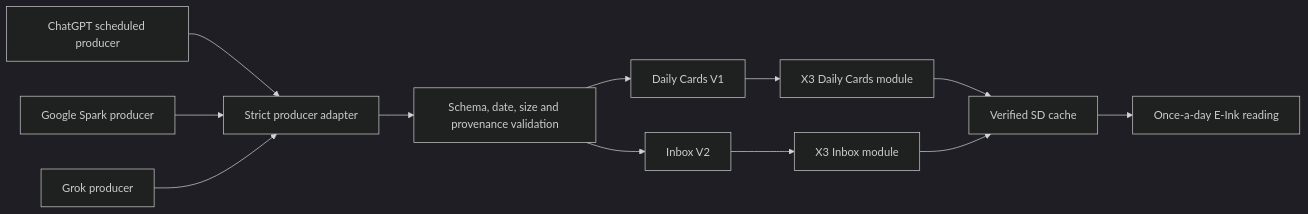
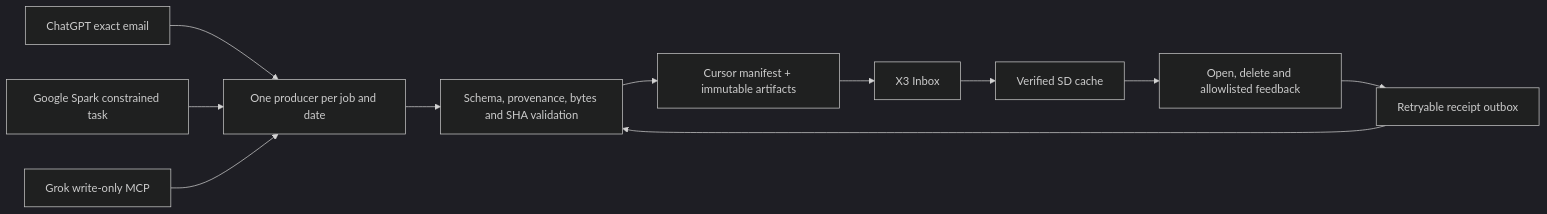
The second of 2 diagrams in docs/AI_FED_CROSSPOINT_PIPELINE.md (RO11/x3-preview-qa-lab), drawn with Mermaid (dark theme) before and after one commit. The commit also changed other lines of this file and 16 other files, not shown here.

````diff
--- a/docs/AI_FED_CROSSPOINT_PIPELINE.md
+++ b/docs/AI_FED_CROSSPOINT_PIPELINE.md
@@ -16,14 +37,13 @@
 ```mermaid
 flowchart LR
-    A[ChatGPT scheduled producer] --> D[Strict producer adapter]
-    B[Google Spark producer] --> D
-    C[Grok producer] --> D
-    D --> E[Schema, date, size and provenance validation]
-    E --> F[Daily Cards V1]
-    E --> G[Inbox V2]
-    F --> H[X3 Daily Cards module]
-    G --> I[X3 Inbox module]
-    H --> J[Verified SD cache]
-    I --> J
-    J --> K[Once-a-day E-Ink reading]
+    A[ChatGPT exact email] --> D[One producer per job and date]
+    B[Google Spark constrained task] --> D
+    C[Grok write-only MCP] --> D
+    D --> E[Schema, provenance, bytes and SHA validation]
+    E --> F[Cursor manifest + immutable artifacts]
+    F --> G[X3 Inbox]
+    G --> H[Verified SD cache]
+    H --> I[Open, delete and allowlisted feedback]
+    I --> J[Retryable receipt outbox]
+    J --> E
 ```
````
